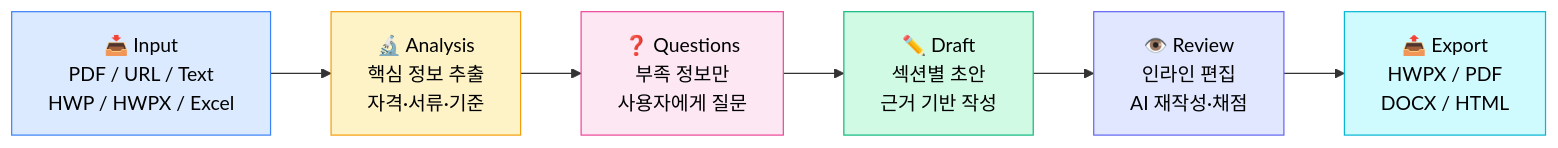
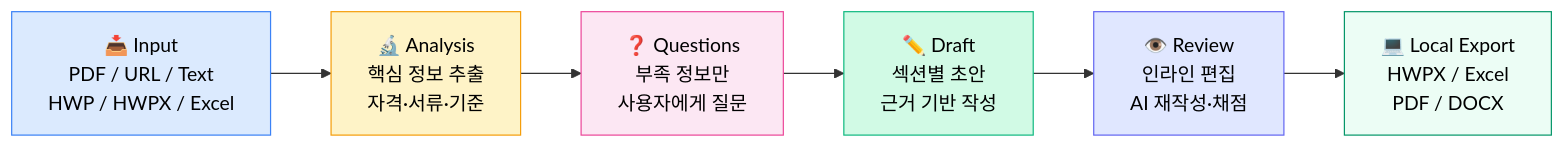
One commit to mingyugim090-debug/DockLive changed the fourth of 6 diagrams in README.md. Above: the diagram before and after it, drawn with Mermaid. The commit also changed other lines of this file, not shown here.

````diff
--- a/README.md
+++ b/README.md
@@ -286,18 +266,18 @@
 ```mermaid
 flowchart LR
     A["📥 Input<br/>PDF / URL / Text<br/>HWP / HWPX / Excel"]
     B["🔬 Analysis<br/>핵심 정보 추출<br/>자격·서류·기준"]
     C["❓ Questions<br/>부족 정보만<br/>사용자에게 질문"]
     D["✏️ Draft<br/>섹션별 초안<br/>근거 기반 작성"]
     E["👁️ Review<br/>인라인 편집<br/>AI 재작성·채점"]
-    F["📤 Export<br/>HWPX / PDF<br/>DOCX / HTML"]
+    F["💻 Local Export<br/>HWPX / Excel<br/>PDF / DOCX"]
 
     A --> B --> C --> D --> E --> F
 
     style A fill:#dbeafe,stroke:#3b82f6,color:#000
     style B fill:#fef3c7,stroke:#f59e0b,color:#000
     style C fill:#fce7f3,stroke:#ec4899,color:#000
     style D fill:#d1fae5,stroke:#10b981,color:#000
     style E fill:#e0e7ff,stroke:#6366f1,color:#000
-    style F fill:#cffafe,stroke:#06b6d4,color:#000
+    style F fill:#ecfdf5,stroke:#059669,color:#000
 ```
````
